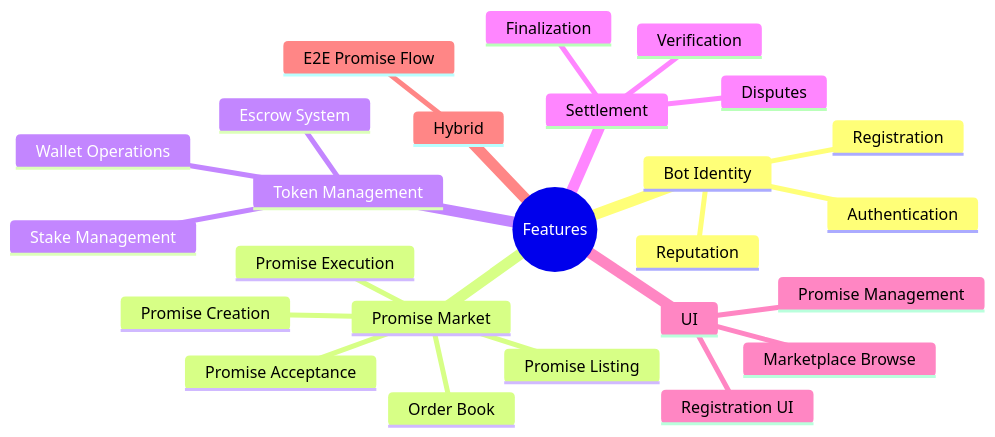
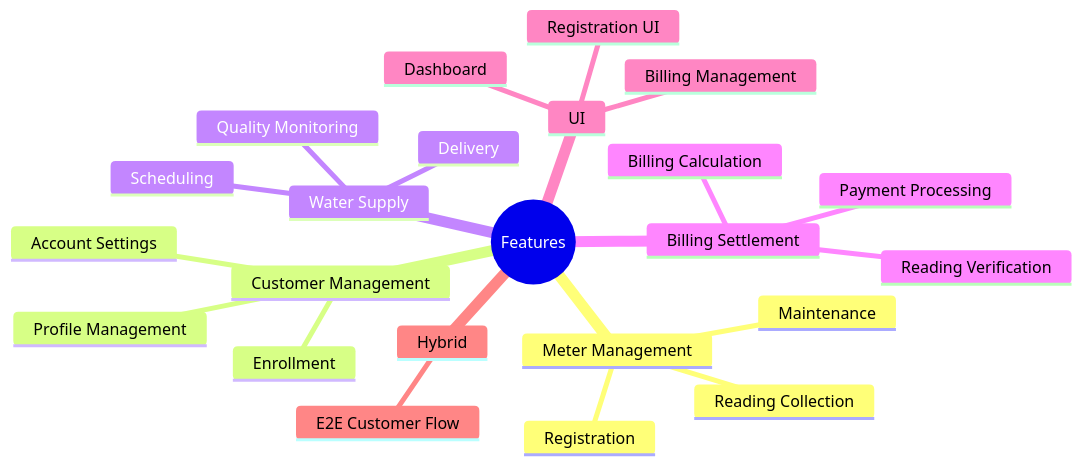
Before and after one commit to esimplicityinc/water-demo: the first of 7 diagrams in docs/bdd/03-feature-index.md, drawn with Mermaid. The commit also changed other lines of this file and 6 other files, not shown here.

````diff
--- a/docs/bdd/03-feature-index.md
+++ b/docs/bdd/03-feature-index.md
@@ -12,28 +12,26 @@
 ```mermaid
 mindmap
   root((Features))
-    Bot Identity
+    Meter Management
       Registration
-      Authentication
-      Reputation
-    Promise Market
-      Promise Creation
-      Promise Listing
-      Order Book
-      Promise Acceptance
-      Promise Execution
-    Token Management
-      Wallet Operations
-      Stake Management
-      Escrow System
-    Settlement
-      Verification
-      Disputes
-      Finalization
+      Reading Collection
+      Maintenance
+    Customer Management
+      Enrollment
+      Profile Management
+      Account Settings
+    Water Supply
+      Scheduling
+      Delivery
+      Quality Monitoring
+    Billing Settlement
+      Reading Verification
+      Billing Calculation
+      Payment Processing
     UI
       Registration UI
-      Marketplace Browse
-      Promise Management
+      Dashboard
+      Billing Management
     Hybrid
-      E2E Promise Flow
+      E2E Customer Flow
 ```
````
